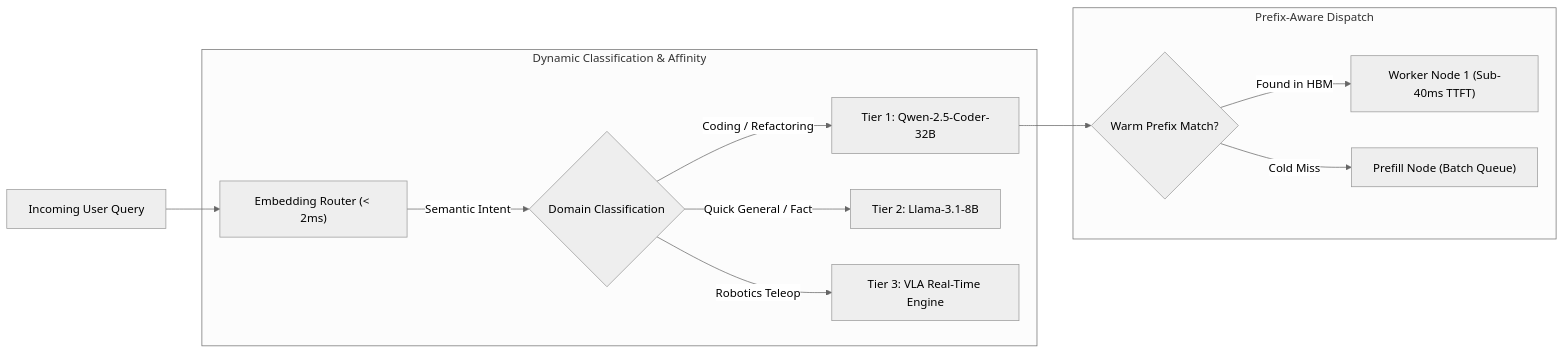
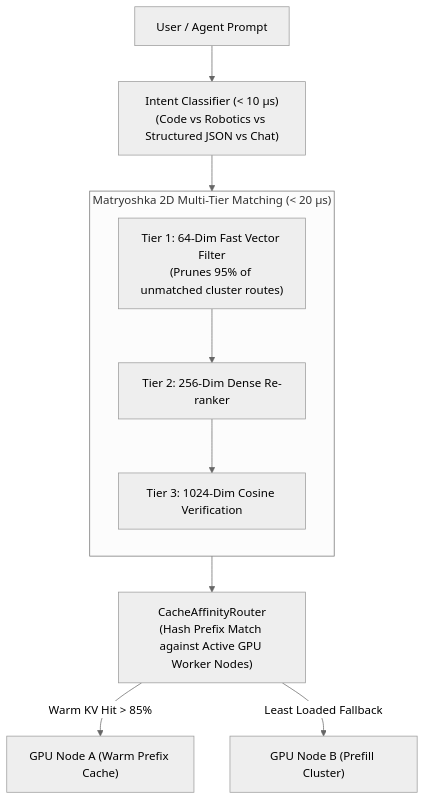
Before and after one commit to Swizzle-AI/swizzle-router: the diagram in README.md, drawn with Mermaid (neutral theme). The commit also changed other lines of this file and 2 other files, not shown here.

First line of the commit message:
feat(router): publish sub-15us semantic router and Matryoshka 2D embeddings

````diff
--- a/README.md
+++ b/README.md
@@ -22,17 +24,18 @@
 ```mermaid
-flowchart LR
-    Q["Incoming User Query"] --> ER["Embedding Router (< 2ms)"]
+flowchart TD
+    Prompt["User / Agent Prompt"] --> Intent["Intent Classifier (< 10 μs)<br/>(Code vs Robotics vs Structured JSON vs Chat)"]
     
-    subgraph RoutingLogic["Dynamic Classification & Affinity"]
-        ER -->|Semantic Intent| Classify{"Domain Classification"}
-        Classify -->|Coding / Refactoring| R1["Tier 1: Qwen-2.5-Coder-32B"]
-        Classify -->|Quick General / Fact| R2["Tier 2: Llama-3.1-8B"]
-        Classify -->|Robotics Teleop| R3["Tier 3: VLA Real-Time Engine"]
+    subgraph MatryoshkaPipeline["Matryoshka 2D Multi-Tier Matching (< 20 μs)"]
+        direction TB
+        M1["Tier 1: 64-Dim Fast Vector Filter<br/>(Prunes 95% of unmatched cluster routes)"]
+        M2["Tier 2: 256-Dim Dense Re-ranker"]
+        M3["Tier 3: 1024-Dim Cosine Verification"]
+        M1 --> M2 --> M3
     end
 
-    subgraph CacheAffinity["Prefix-Aware Dispatch"]
-        R1 --> CheckCache{"Warm Prefix Match?"}
-        CheckCache -->|Found in HBM| W1["Worker Node 1 (Sub-40ms TTFT)"]
-        CheckCache -->|Cold Miss| W2["Prefill Node (Batch Queue)"]
-    end
+    Intent --> MatryoshkaPipeline
+    MatryoshkaPipeline --> Affinity["CacheAffinityRouter<br/>(Hash Prefix Match against Active GPU Worker Nodes)"]
+
+    Affinity -->|Warm KV Hit > 85%| WorkerA["GPU Node A (Warm Prefix Cache)"]
+    Affinity -->|Least Loaded Fallback| WorkerB["GPU Node B (Prefill Cluster)"]
 ```
````
